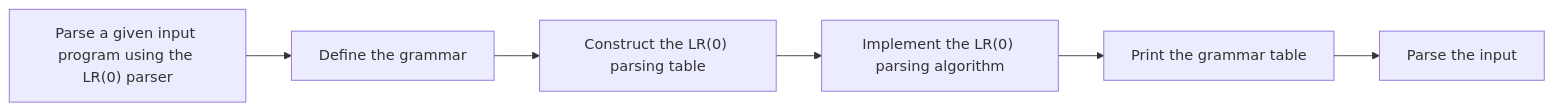
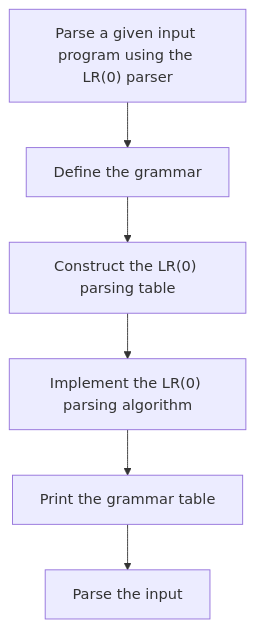
One commit to vividblueprint/GitLearn changed the diagram in README.md. Above: the diagram before and after it, drawn with Mermaid.

````diff
--- a/README.md
+++ b/README.md
@@ -1,16 +1,16 @@
 ```mermaid
-graph LR
+graph TB
 
 A["Parse a given input program using the LR(0) parser"]
 B["Define the grammar"]
 C["Construct the LR(0) parsing table"]
 D["Implement the LR(0) parsing algorithm"]
 E["Print the grammar table"]
 F["Parse the input"]
 
 A --> B
 B --> C
 C --> D
 D --> E
 E --> F
 ```
````
